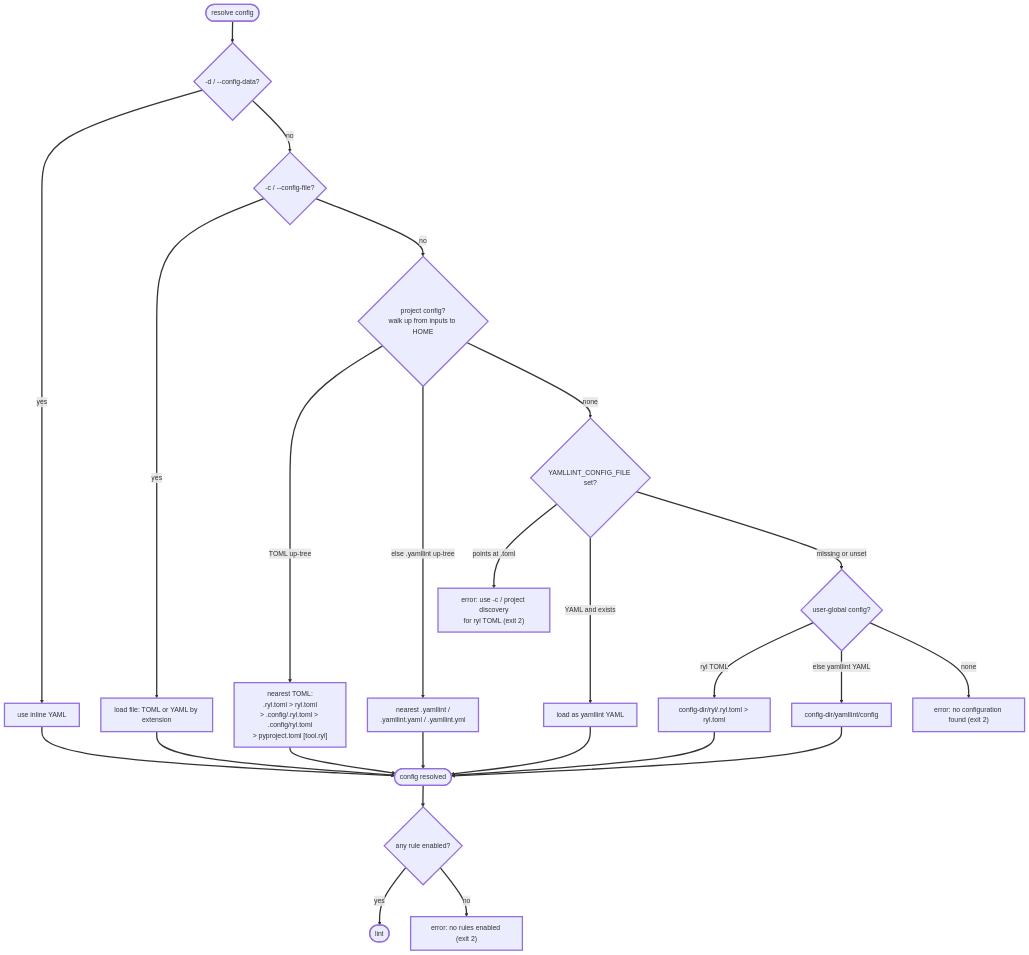
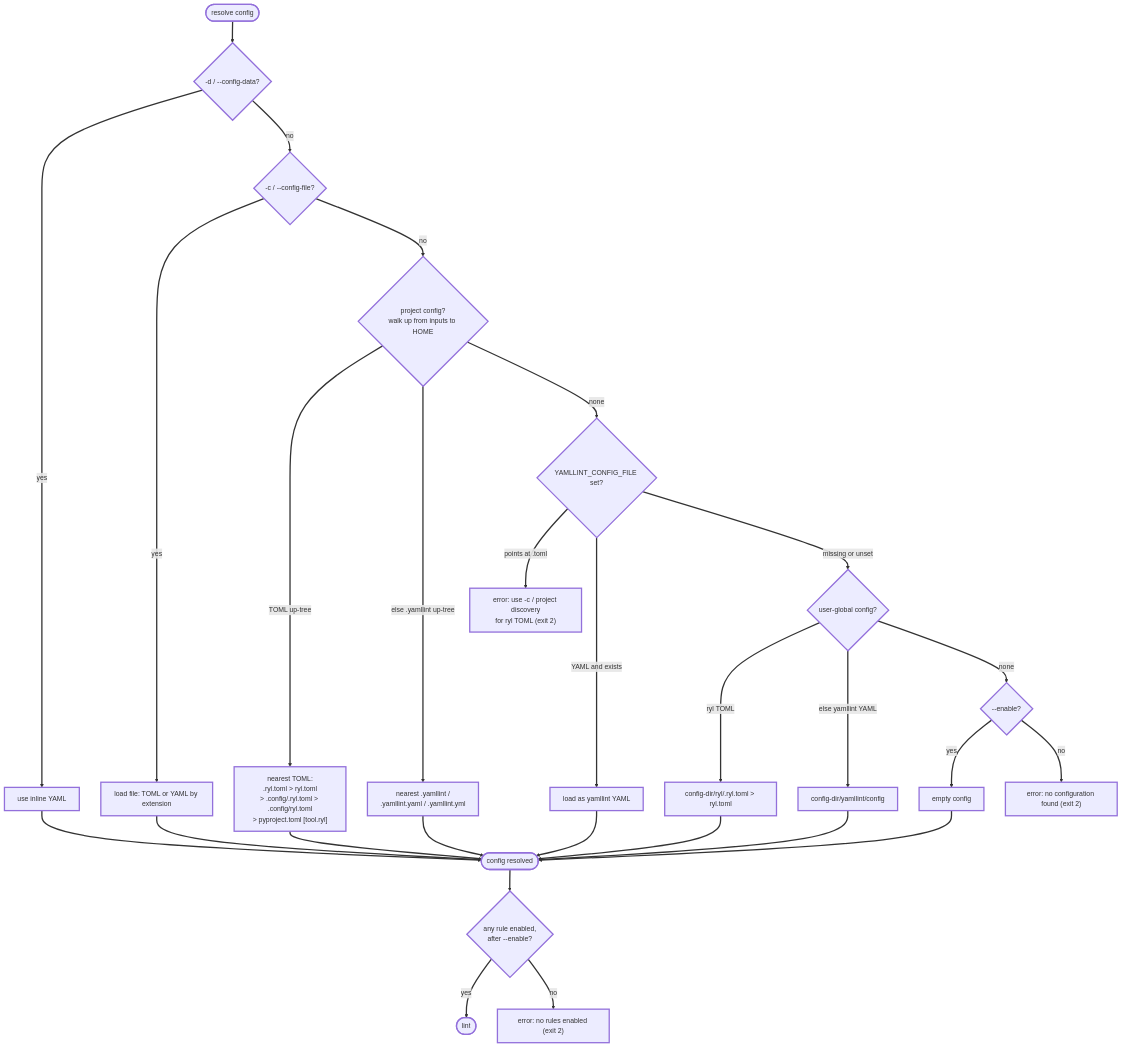
Before and after one commit to owenlamont/ryl: the diagram in docs/getting-started/quickstart.md, drawn with Mermaid. The commit also changed other lines of this file and 16 other files, not shown here.

````diff
--- a/docs/getting-started/quickstart.md
+++ b/docs/getting-started/quickstart.md
@@ -216,22 +216,24 @@
 ```mermaid
 flowchart TD
     Start([resolve config]) --> D{"-d / --config-data?"}
     D -->|yes| UseInline["use inline YAML"] --> Done([config resolved])
     D -->|no| C{"-c / --config-file?"}
     C -->|yes| UseFile["load file: TOML or YAML by extension"] --> Done
     C -->|no| P{"project config?<br/>walk up from inputs to HOME"}
     P -->|"TOML up-tree"| UseProjToml["nearest TOML:<br/>.ryl.toml &gt; ryl.toml<br/>&gt; .config/.ryl.toml &gt; .config/ryl.toml<br/>&gt; pyproject.toml [tool.ryl]"] --> Done
     P -->|"else .yamllint up-tree"| UseProjYaml["nearest .yamllint /<br/>.yamllint.yaml / .yamllint.yml"] --> Done
     P -->|none| E{"YAMLLINT_CONFIG_FILE set?"}
     E -->|"points at .toml"| Err1["error: use -c / project discovery<br/>for ryl TOML (exit 2)"]
     E -->|"YAML and exists"| UseEnv["load as yamllint YAML"] --> Done
     E -->|"missing or unset"| G{"user-global config?"}
     G -->|"ryl TOML"| UseRyl["config-dir/ryl/.ryl.toml &gt; ryl.toml"] --> Done
     G -->|"else yamllint YAML"| UseYl["config-dir/yamllint/config"] --> Done
-    G -->|none| Err2["error: no configuration found (exit 2)"]
-    Done --> R{"any rule enabled?"}
+    G -->|none| N{"--enable?"}
+    N -->|yes| UseEmpty["empty config"] --> Done
+    N -->|no| Err2["error: no configuration found (exit 2)"]
+    Done --> R{"any rule enabled,<br/>after --enable?"}
     R -->|yes| OK([lint])
     R -->|no| Err3["error: no rules enabled (exit 2)"]
     classDef default stroke-width:3px;
     linkStyle default stroke-width:3px;
 ```
````
